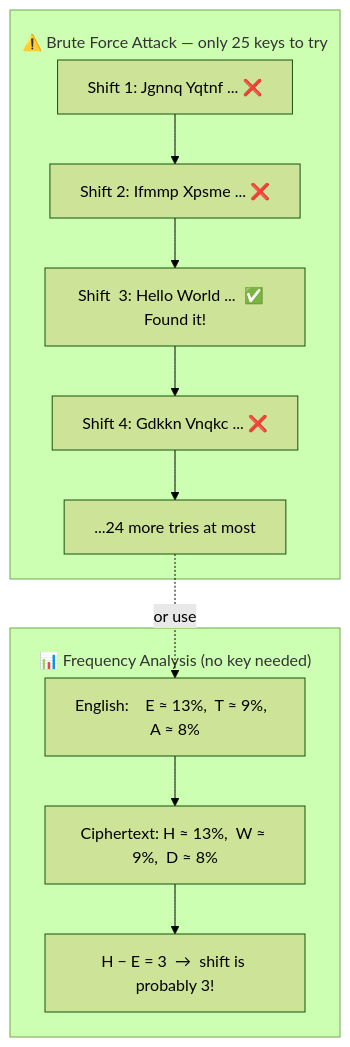
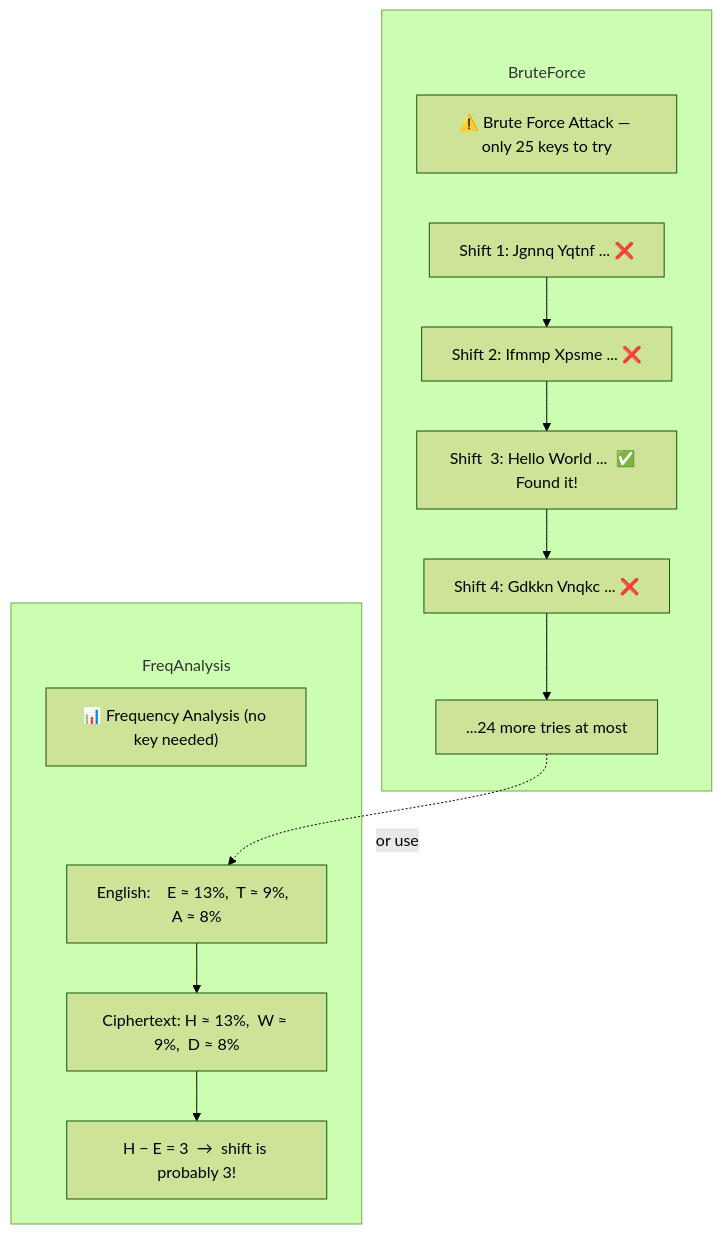
The third of 6 diagrams in src/main/java/security/encryption/classic/README.md (csoares/SecurityJava), drawn with Mermaid (forest theme) before and after one commit. The commit also changed other lines of this file and 11 other files, not shown here.

First line of the commit message:
Fix Mermaid subgraph title overlap by moving labels into title nodes

````diff
--- a/src/main/java/security/encryption/classic/README.md
+++ b/src/main/java/security/encryption/classic/README.md
@@ -51,21 +57,25 @@
 ```mermaid
-%%{init: {'flowchart': {'subGraphTitleMargin': {'top': 20, 'bottom': 5}}}}%%
+%%{init: {'flowchart': {'subGraphTitleMargin': {'top': 50, 'bottom': 10}}}}%%
 flowchart TD
-    subgraph BruteForce ["⚠️ Brute Force Attack — only 25 keys to try"]
+    subgraph BruteForce
+        T_BruteForce["⚠️ Brute Force Attack — only 25 keys to try"]
+        T_BruteForce ~~~ BF1
         BF1["Shift  1: Jgnnq Yqtnf ...  ❌"]
         BF2["Shift  2: Ifmmp Xpsme ...  ❌"]
         BF3["Shift  3: Hello World ...  ✅  Found it!"]
         BF4["Shift  4: Gdkkn Vnqkc ...  ❌"]
         BF5["...24 more tries at most"]
         BF1 --> BF2 --> BF3 --> BF4 --> BF5
     end
 
-    subgraph FreqAnalysis ["📊 Frequency Analysis (no key needed)"]
+    subgraph FreqAnalysis
+        T_FreqAnalysis["📊 Frequency Analysis (no key needed)"]
+        T_FreqAnalysis ~~~ FA1
         FA1["English:    E ≈ 13%,  T ≈ 9%,  A ≈ 8%"]
         FA2["Ciphertext: H ≈ 13%,  W ≈ 9%,  D ≈ 8%"]
         FA3["H − E = 3  →  shift is probably 3!"]
         FA1 --> FA2 --> FA3
     end
 
     BF5 -.->|"or use"| FA1
 ```
````
